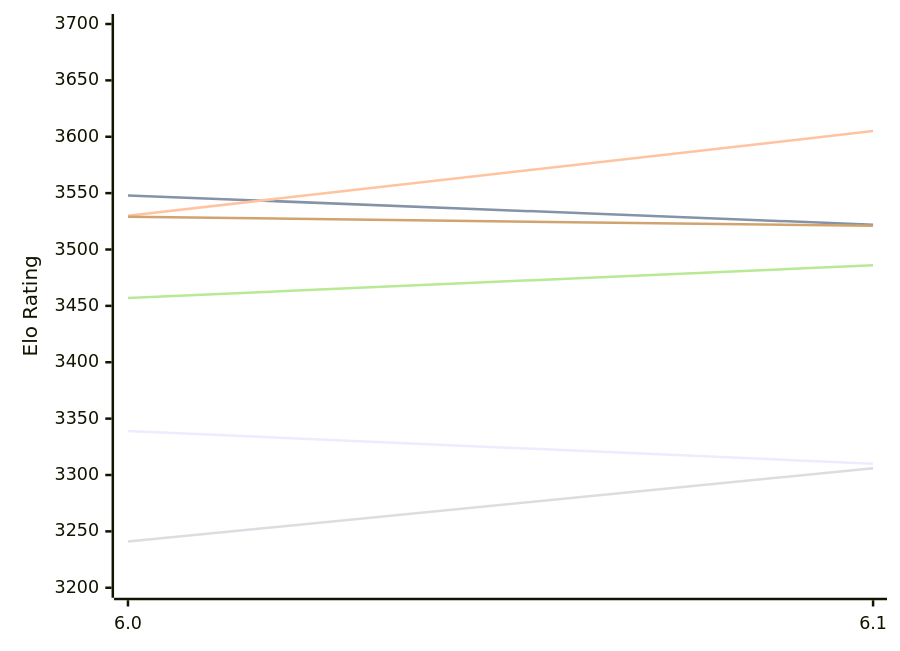
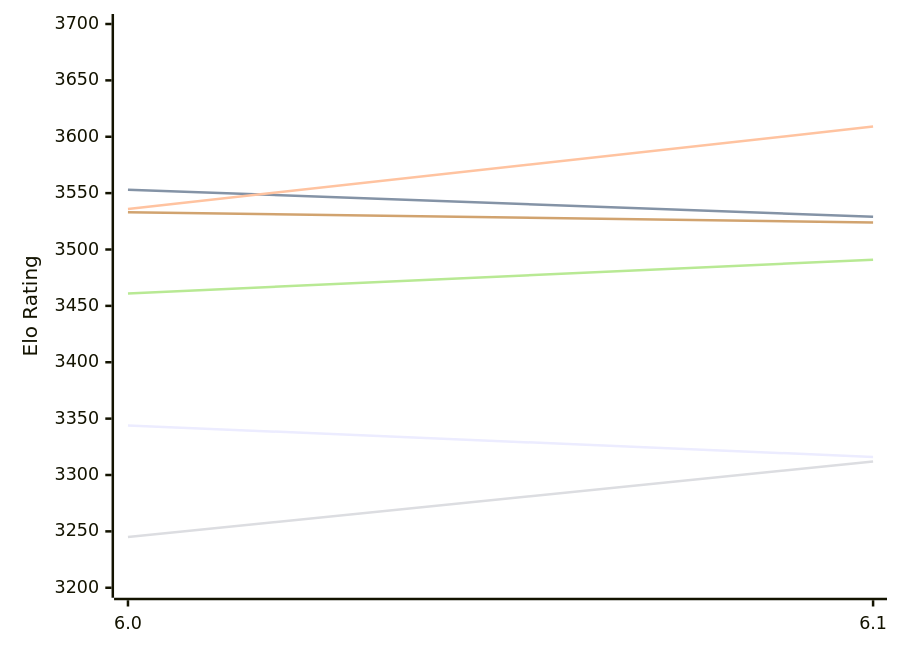
Before and after one commit to computer-chess-index/cci: the first of 2 diagrams in engines/Starzix.md, drawn with Mermaid. The commit also changed other lines of this file, not shown here.

Commit message:
Update CCI Ratings (ELO VLTC) - 2026-11-20

````diff
--- a/engines/Starzix.md
+++ b/engines/Starzix.md
@@ -51,12 +51,12 @@
 ```mermaid
 %%{init: {"theme":"base","themeVariables":{"seriesColors:['#a3a3a3','#222221','#faa371']}}}%%
 xychart-beta
   x-axis ["6.0", "6.1"]
   y-axis "Elo Rating" 3200 --> 3700
-  line "E1: STC (8.0+0.08s)" [3339, 3310]
-  line "E1: LTC (60.0+0.60s)" [3548, 3522]
-  line "E1: VLTC (2m24s+1.12s)" [3530, 3605]
-  line "P1: STC (8.0+0.08s)" [3241, 3306]
-  line "P1: LTC (60.0+0.60s)" [3457, 3486]
-  line "P1: VLTC (2m24s+1.12s)" [3529, 3521]
+  line "E1: STC (8.0+0.08s)" [3344, 3316]
+  line "E1: LTC (60.0+0.60s)" [3553, 3529]
+  line "E1: VLTC (2m24s+1.12s)" [3536, 3609]
+  line "P1: STC (8.0+0.08s)" [3245, 3312]
+  line "P1: LTC (60.0+0.60s)" [3461, 3491]
+  line "P1: VLTC (2m24s+1.12s)" [3533, 3524]
 ```
````
